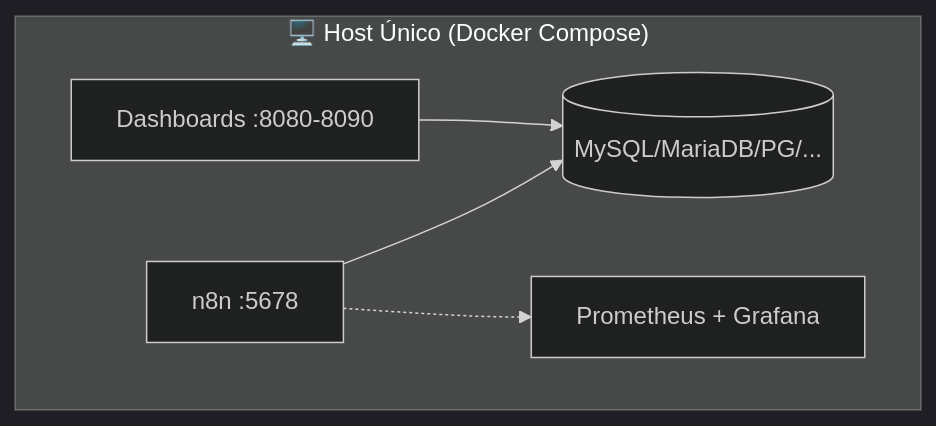
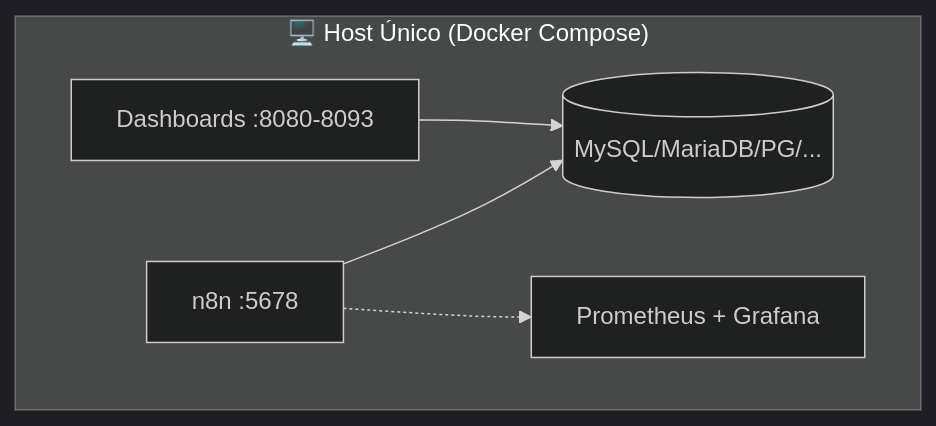
Before and after one commit to vladimiracunadev-create/social-bot-scheduler: the first of 7 diagrams in docs/AWS_MIGRATION.md, drawn with Mermaid (dark theme). The commit also changed other lines of this file and 20 other files, not shown here.

````diff
--- a/docs/AWS_MIGRATION.md
+++ b/docs/AWS_MIGRATION.md
@@ -50,12 +50,12 @@
 ```mermaid
 graph TB
     subgraph "🖥️ Host Único (Docker Compose)"
         N[n8n :5678]
-        D[Dashboards :8080-8090]
+        D[Dashboards :8080-8093]
         DB1[(MySQL/MariaDB/PG/...)]
         OBS[Prometheus + Grafana]
         N --> DB1
         D --> DB1
         N -.-> OBS
     end
 ```
````
